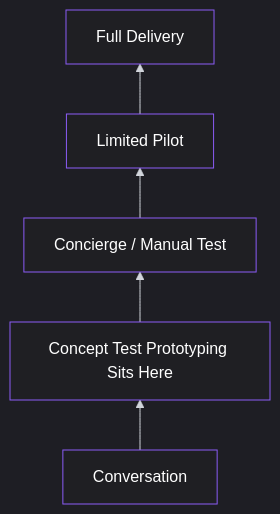
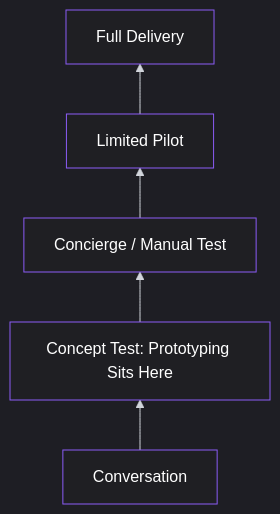
One commit to pmacademy-app/web changed the second of 4 diagrams in content/lessons/lesson-026.md. Above: the diagram before and after it, drawn with Mermaid. The commit also changed other lines of this file and 275 other files, not shown here.

````diff
--- a/content/lessons/lesson-026.md
+++ b/content/lessons/lesson-026.md
@@ -96,37 +96,37 @@
 ```mermaid
 %%{init: {
   "theme": "dark",
   "themeVariables": {
     "background": "#0b0b0c",
     "primaryColor": "#1f1f23",
     "primaryTextColor": "#ffffff",
     "primaryBorderColor": "#8b5cf6",
     "lineColor": "#d1d5db",
     "secondaryColor": "#18181b",
     "tertiaryColor": "#111111",
     "mainBkg": "#1f1f23",
     "nodeBorder": "#8b5cf6",
     "clusterBkg": "#000000",
     "clusterBorder": "#27272a",
     "titleColor": "#ffffff",
     "edgeLabelBackground": "#0b0b0c",
     "nodeTextColor": "#ffffff",
     "edgeLabelColor": "#ffffff",
     "actorBorder": "#8b5cf6",
     "actorBkg": "#1f1f23",
     "actorTextColor": "#ffffff",
     "sequenceNumberColor": "#ffffff",
     "signalColor": "#8b5cf6",
     "signalTextColor": "#ffffff",
     "textColor": "#ffffff",
     "classText": "#ffffff",
     "classBorder": "#8b5cf6",
     "classBkg": "#1f1f23"
   }
 }}%%
 graph BT
-    A[Conversation] --> B[Concept Test Prototyping Sits Here]
+    A[Conversation] --> B[Concept Test: Prototyping Sits Here]
     B --> C[Concierge / Manual Test]
     C --> D[Limited Pilot]
     D --> E[Full Delivery]
 ```
````
